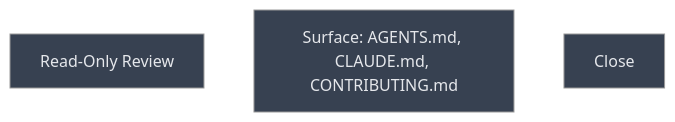
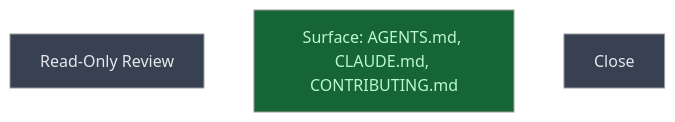
The diagram in __roadmap__/dev_plugin/integrate/README.md (CrackingShells/colgrep-mcp), drawn with Mermaid (neutral theme) before and after one commit. The commit also changed other lines of this file and 1 other file, not shown here.

Commit message:
docs(roadmap): mark skill_policy and integrate/surface done

````diff
--- a/__roadmap__/dev_plugin/integrate/README.md
+++ b/__roadmap__/dev_plugin/integrate/README.md
@@ -17,11 +17,11 @@
 ```mermaid
 graph TD
     review[Read-Only Review]:::planned
-    surface[Surface: AGENTS.md, CLAUDE.md, CONTRIBUTING.md]:::planned
+    surface[Surface: AGENTS.md, CLAUDE.md, CONTRIBUTING.md]:::done
     close[Close]:::planned
     classDef done       fill:#166534,color:#bbf7d0
     classDef inprogress fill:#854d0e,color:#fef08a
     classDef planned    fill:#374151,color:#e5e7eb
     classDef amendment  fill:#1e3a5f,color:#bfdbfe
     classDef blocked    fill:#7f1d1d,color:#fecaca
 ```
````
